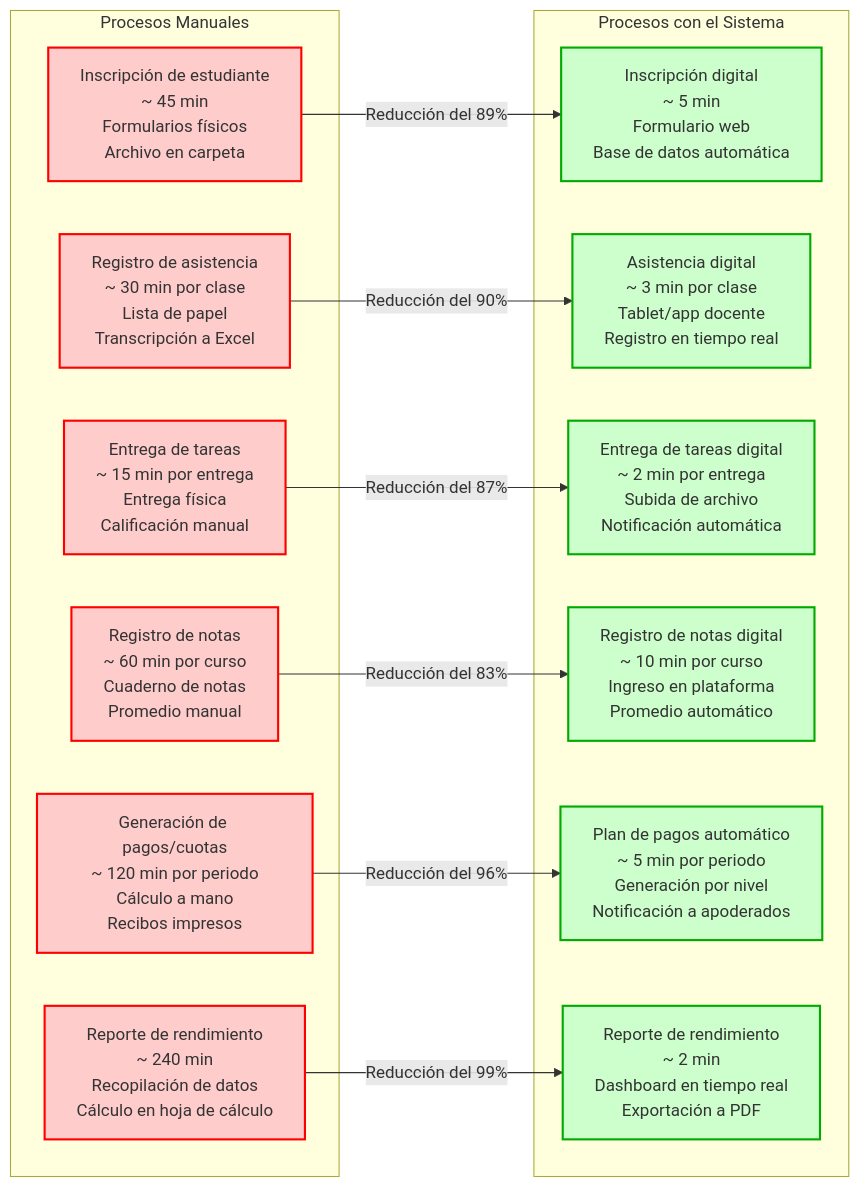
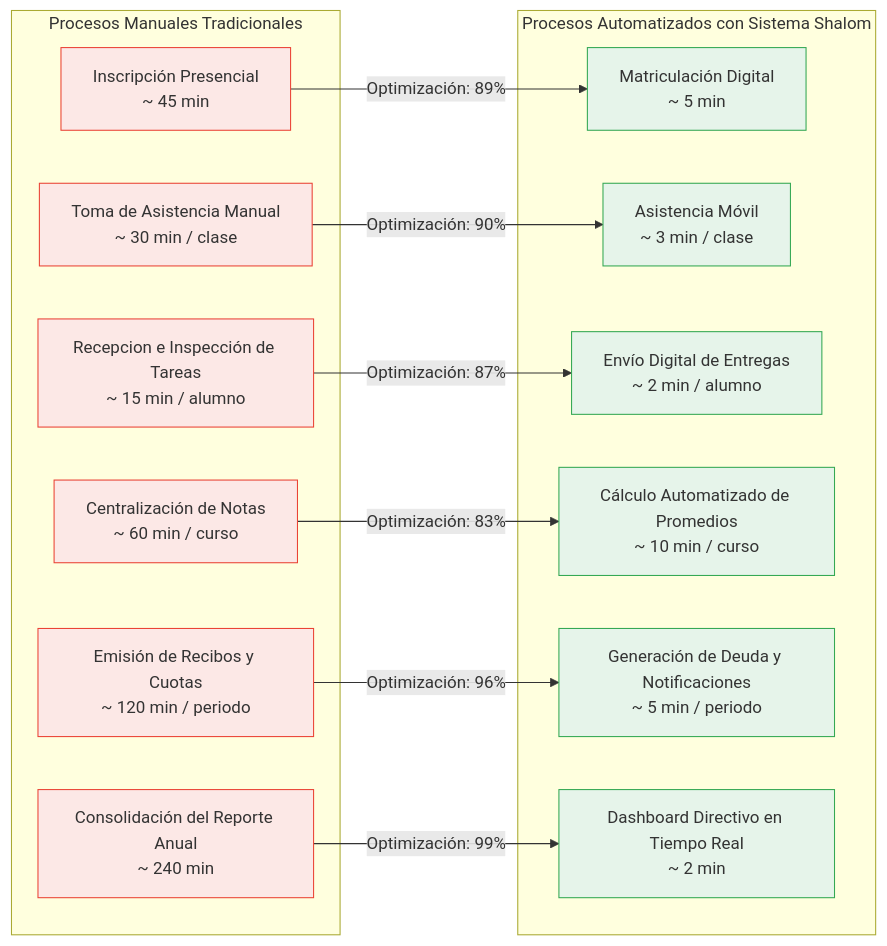
Before and after one commit to Juanxiun/proyectoGrado: the fourth of 4 diagrams in README.md, drawn with Mermaid. The commit also changed other lines of this file, not shown here.

````diff
--- a/README.md
+++ b/README.md
@@ -697,40 +276,40 @@
 ```mermaid
 graph LR
-    subgraph Procesos Manuales
-        M1[Inscripción de estudiante<br/>~ 45 min<br/>Formularios físicos<br/>Archivo en carpeta]
-        M2[Registro de asistencia<br/>~ 30 min por clase<br/>Lista de papel<br/>Transcripción a Excel]
-        M3[Entrega de tareas<br/>~ 15 min por entrega<br/>Entrega física<br/>Calificación manual]
-        M4[Registro de notas<br/>~ 60 min por curso<br/>Cuaderno de notas<br/>Promedio manual]
-        M5[Generación de pagos/cuotas<br/>~ 120 min por periodo<br/>Cálculo a mano<br/>Recibos impresos]
-        M6[Reporte de rendimiento<br/>~ 240 min<br/>Recopilación de datos<br/>Cálculo en hoja de cálculo]
+    subgraph Procesos Manuales Tradicionales
+        M1[Inscripción Presencial<br/>~ 45 min]
+        M2[Toma de Asistencia Manual<br/>~ 30 min / clase]
+        M3[Recepcion e Inspección de Tareas<br/>~ 15 min / alumno]
+        M4[Centralización de Notas<br/>~ 60 min / curso]
+        M5[Emisión de Recibos y Cuotas<br/>~ 120 min / periodo]
+        M6[Consolidación del Reporte Anual<br/>~ 240 min]
     end
 
-    subgraph Procesos con el Sistema
-        S1[Inscripción digital<br/>~ 5 min<br/>Formulario web<br/>Base de datos automática]
-        S2[Asistencia digital<br/>~ 3 min por clase<br/>Tablet/app docente<br/>Registro en tiempo real]
-        S3[Entrega de tareas digital<br/>~ 2 min por entrega<br/>Subida de archivo<br/>Notificación automática]
-        S4[Registro de notas digital<br/>~ 10 min por curso<br/>Ingreso en plataforma<br/>Promedio automático]
-        S5[Plan de pagos automático<br/>~ 5 min por periodo<br/>Generación por nivel<br/>Notificación a apoderados]
-        S6[Reporte de rendimiento<br/>~ 2 min<br/>Dashboard en tiempo real<br/>Exportación a PDF]
+    subgraph Procesos Automatizados con Sistema Shalom
+        S1[Matriculación Digital<br/>~ 5 min]
+        S2[Asistencia Móvil<br/>~ 3 min / clase]
+        S3[Envío Digital de Entregas<br/>~ 2 min / alumno]
+        S4[Cálculo Automatizado de Promedios<br/>~ 10 min / curso]
+        S5[Generación de Deuda y Notificaciones<br/>~ 5 min / periodo]
+        S6[Dashboard Directivo en Tiempo Real<br/>~ 2 min]
     end
 
-    M1 -->|Reducción del 89%| S1
-    M2 -->|Reducción del 90%| S2
-    M3 -->|Reducción del 87%| S3
-    M4 -->|Reducción del 83%| S4
-    M5 -->|Reducción del 96%| S5
-    M6 -->|Reducción del 99%| S6
+    M1 -->|Optimización: 89%| S1
+    M2 -->|Optimización: 90%| S2
+    M3 -->|Optimización: 87%| S3
+    M4 -->|Optimización: 83%| S4
+    M5 -->|Optimización: 96%| S5
+    M6 -->|Optimización: 99%| S6
 
-    style M1 fill:#ffcccc,stroke:#ff0000,stroke-width:2px
-    style M2 fill:#ffcccc,stroke:#ff0000,stroke-width:2px
-    style M3 fill:#ffcccc,stroke:#ff0000,stroke-width:2px
-    style M4 fill:#ffcccc,stroke:#ff0000,stroke-width:2px
-    style M5 fill:#ffcccc,stroke:#ff0000,stroke-width:2px
-    style M6 fill:#ffcccc,stroke:#ff0000,stroke-width:2px
-    style S1 fill:#ccffcc,stroke:#00aa00,stroke-width:2px
-    style S2 fill:#ccffcc,stroke:#00aa00,stroke-width:2px
-    style S3 fill:#ccffcc,stroke:#00aa00,stroke-width:2px
-    style S4 fill:#ccffcc,stroke:#00aa00,stroke-width:2px
-    style S5 fill:#ccffcc,stroke:#00aa00,stroke-width:2px
-    style S6 fill:#ccffcc,stroke:#00aa00,stroke-width:2px
+    style M1 fill:#fce8e6,stroke:#ea4335,stroke-width:1px
+    style M2 fill:#fce8e6,stroke:#ea4335,stroke-width:1px
+    style M3 fill:#fce8e6,stroke:#ea4335,stroke-width:1px
+    style M4 fill:#fce8e6,stroke:#ea4335,stroke-width:1px
+    style M5 fill:#fce8e6,stroke:#ea4335,stroke-width:1px
+    style M6 fill:#fce8e6,stroke:#ea4335,stroke-width:1px
+    style S1 fill:#e6f4ea,stroke:#34a853,stroke-width:1px
+    style S2 fill:#e6f4ea,stroke:#34a853,stroke-width:1px
+    style S3 fill:#e6f4ea,stroke:#34a853,stroke-width:1px
+    style S4 fill:#e6f4ea,stroke:#34a853,stroke-width:1px
+    style S5 fill:#e6f4ea,stroke:#34a853,stroke-width:1px
+    style S6 fill:#e6f4ea,stroke:#34a853,stroke-width:1px
 ```
````
